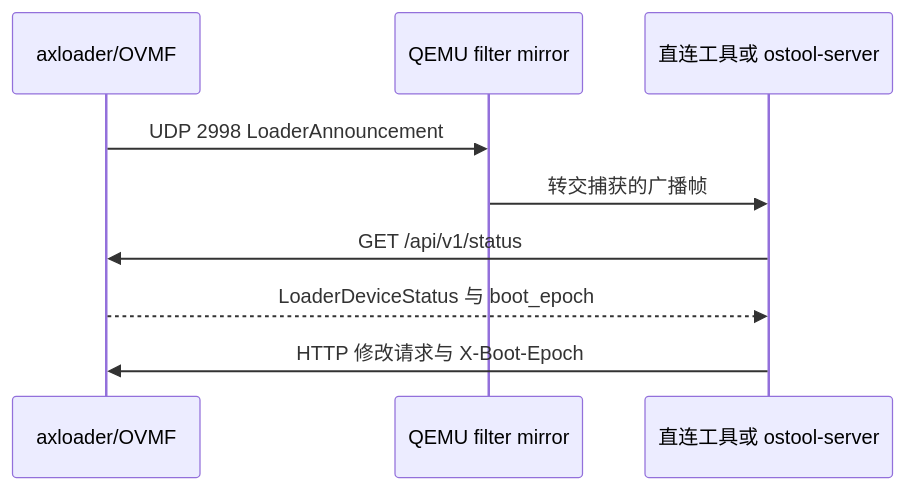
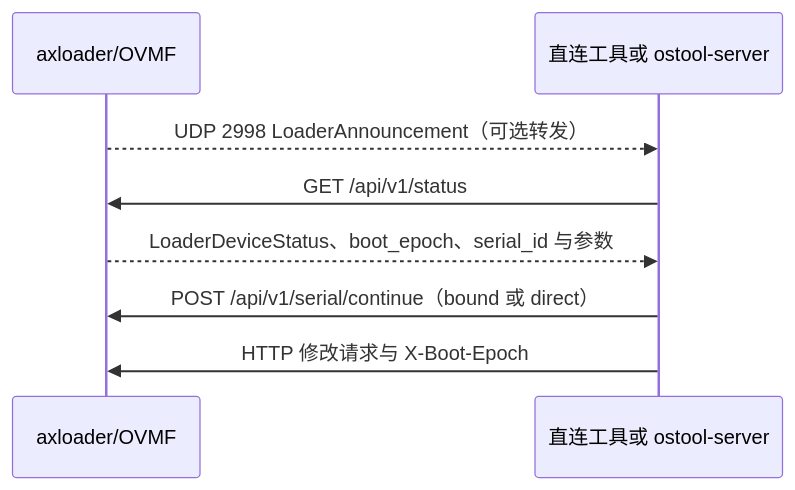
Before and after one commit to rcore-os/tgoskits: the diagram in docs/docs/build/axloader.md, drawn with Mermaid. The commit also changed other lines of this file and 16 other files, not shown here.

````diff
--- a/docs/docs/build/axloader.md
+++ b/docs/docs/build/axloader.md
@@ -51,12 +51,11 @@
 ```mermaid
 sequenceDiagram
     participant L as axloader/OVMF
-    participant F as QEMU filter mirror
     participant C as 直连工具或 ostool-server
 
-    L->>F: UDP 2998 LoaderAnnouncement
-    F->>C: 转交捕获的广播帧
+    L-->>C: UDP 2998 LoaderAnnouncement（可选转发）
     C->>L: GET /api/v1/status
-    L-->>C: LoaderDeviceStatus 与 boot_epoch
+    L-->>C: LoaderDeviceStatus、boot_epoch、serial_id 与参数
+    C->>L: POST /api/v1/serial/continue（bound 或 direct）
     C->>L: HTTP 修改请求与 X-Boot-Epoch
 ```
````
